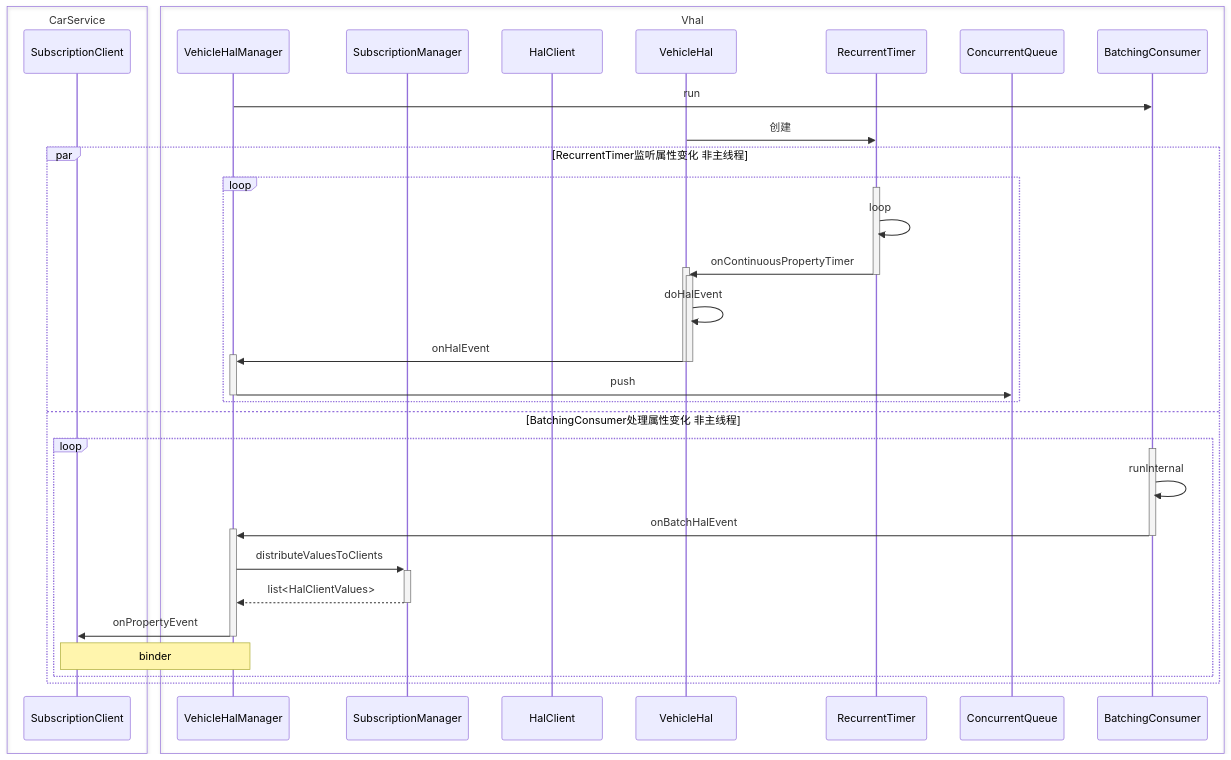
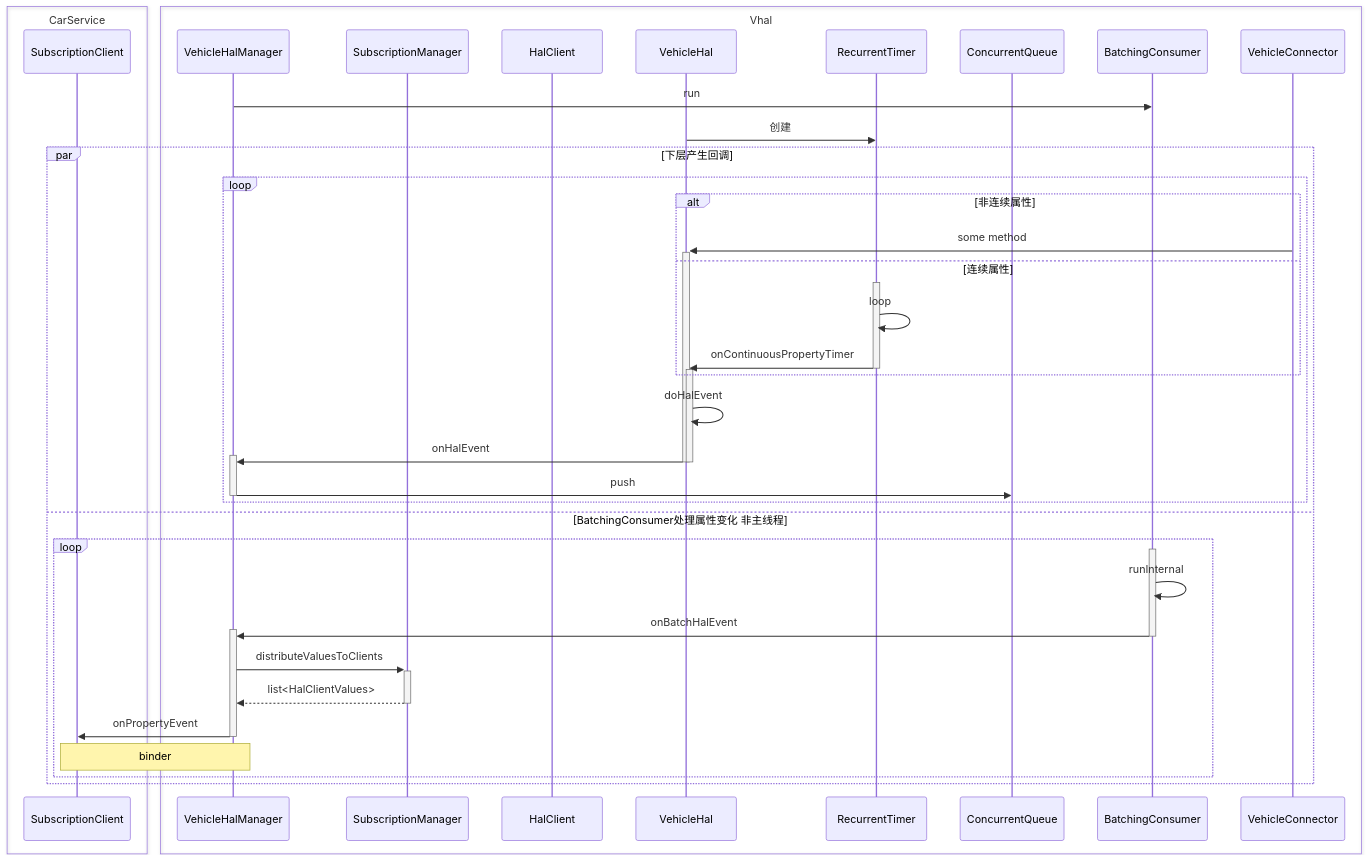
The second of 4 diagrams in _posts/2025-9-8-vhal_subscribe.md (braisedp/braisedp.github.io), drawn with Mermaid before and after one commit. The commit also changed other lines of this file and 2 other files, not shown here.

````diff
--- a/_posts/2025-9-8-vhal_subscribe.md
+++ b/_posts/2025-9-8-vhal_subscribe.md
@@ -328,44 +330,49 @@
 ```mermaid
 sequenceDiagram
 box CarService
 participant SCl as SubscriptionClient 
 end
 box Vhal
 participant  VHM as VehicleHalManager
 participant  SM as SubscriptionManager
 participant  HC as HalClient
 participant VH as VehicleHal 
 participant  RT as RecurrentTimer
 participant CQ as ConcurrentQueue
 participant BC as BatchingConsumer
+participant VC as VehicleConnector
 end
 
 VHM->>BC: run
 VH->>RT: 创建
-par RecurrentTimer监听属性变化 非主线程
+par 下层产生回调
 loop
+alt 非连续属性
+VC->>+VH: some method
+else 连续属性
 activate RT
 RT->>RT: loop
-RT->>+VH: onContinuousPropertyTimer
+RT->>VH: onContinuousPropertyTimer
 deactivate  RT
 activate VH
+end
 VH->>VH: doHalEvent
 VH->>+VHM: onHalEvent
 deactivate VH
 deactivate VH
 VHM->>CQ: push
 deactivate VHM
 end
 and BatchingConsumer处理属性变化 非主线程
 loop 
 activate BC
 BC->>BC: runInternal
 BC->>+VHM: onBatchHalEvent
 deactivate BC
 VHM->>+SM:distributeValuesToClients
 SM-->>-VHM: list<HalClientValues>
 VHM->>-SCl : onPropertyEvent 
 note over SCl , VHM :  binder
 end
 end
 ```
````
